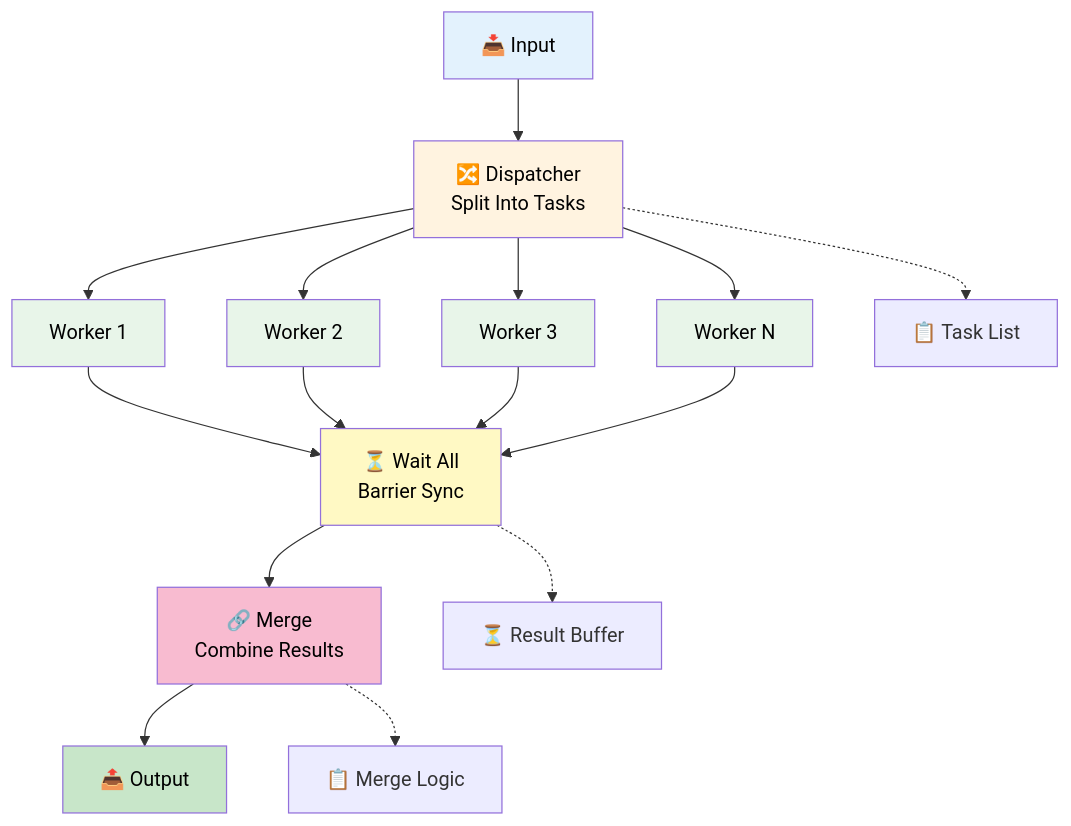
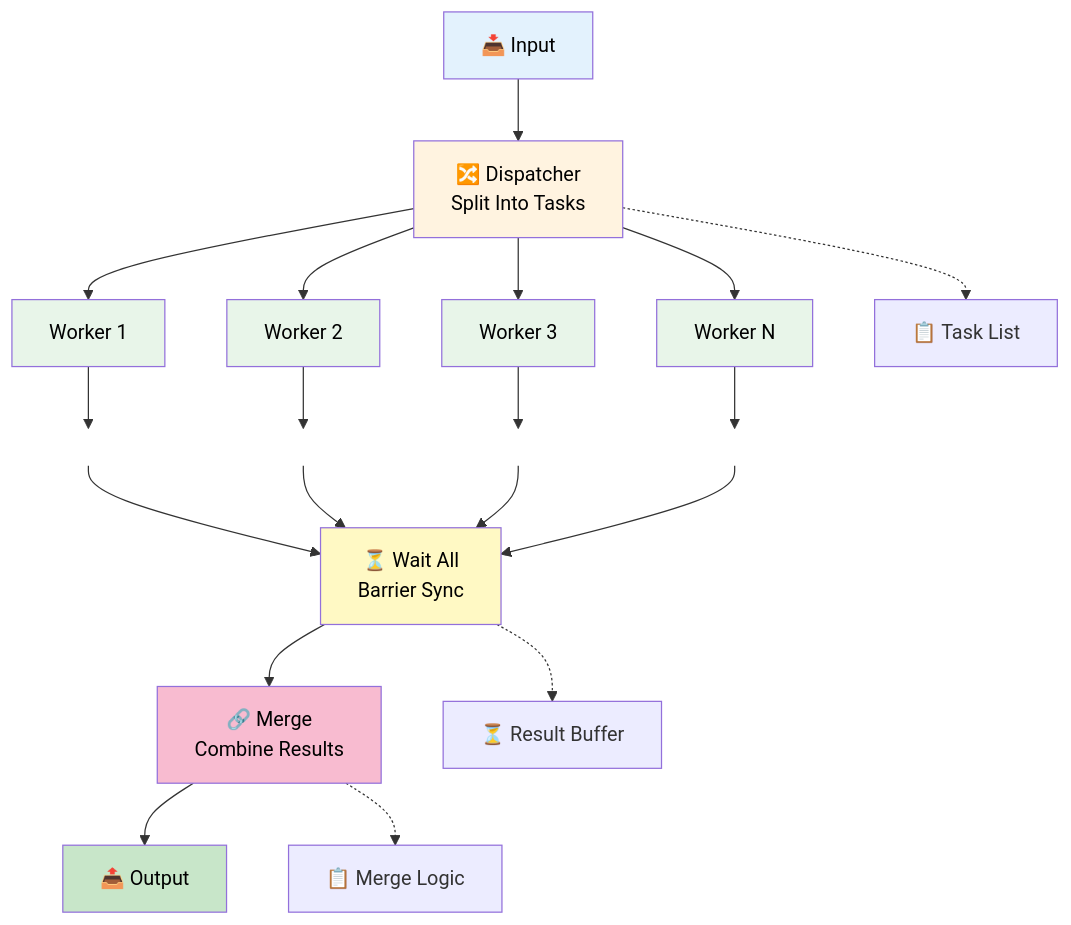
One commit to falila/ai-agent-engineering-playbook changed the first of 3 diagrams in docs/07-parallel-workers.md. Above: the diagram before and after it, drawn with Mermaid. The commit also changed 6 other files, not shown here.

Commit message:
fix: improve all diagram connectors to eliminate overlaps

````diff
--- a/docs/07-parallel-workers.md
+++ b/docs/07-parallel-workers.md
@@ -13,30 +13,40 @@
 ```mermaid
 graph TD
     A["📥 Input"] --> B["🔀 Dispatcher<br/>Split Into Tasks"]
     B --> C1["Worker 1"]
     B --> C2["Worker 2"]
     B --> C3["Worker 3"]
     B --> C4["Worker N"]
     
-    C1 --> D["⏳ Wait All<br/>Barrier Sync"]
-    C2 --> D
-    C3 --> D
-    C4 --> D
+    C1 --> D1[" "]
+    C2 --> D2[" "]
+    C3 --> D3[" "]
+    C4 --> D4[" "]
+    
+    D1 --> D["⏳ Wait All<br/>Barrier Sync"]
+    D2 --> D
+    D3 --> D
+    D4 --> D
     
     D --> E["🔗 Merge<br/>Combine Results"]
     E --> F["📤 Output"]
 
     B -.-> G["📋 Task List"]
     D -.-> H["⏳ Result Buffer"]
     E -.-> I["📋 Merge Logic"]
+    
+    style D1 fill:none,stroke:none
+    style D2 fill:none,stroke:none
+    style D3 fill:none,stroke:none
+    style D4 fill:none,stroke:none
 
     style A fill:#e3f2fd,color:#000000
     style B fill:#fff3e0,color:#000000
     style C1 fill:#e8f5e9,color:#000000
     style C2 fill:#e8f5e9,color:#000000
     style C3 fill:#e8f5e9,color:#000000
     style C4 fill:#e8f5e9,color:#000000
     style D fill:#fff9c4,color:#000000
     style E fill:#f8bbd0,color:#000000
     style F fill:#c8e6c9,color:#000000
 ```
````
